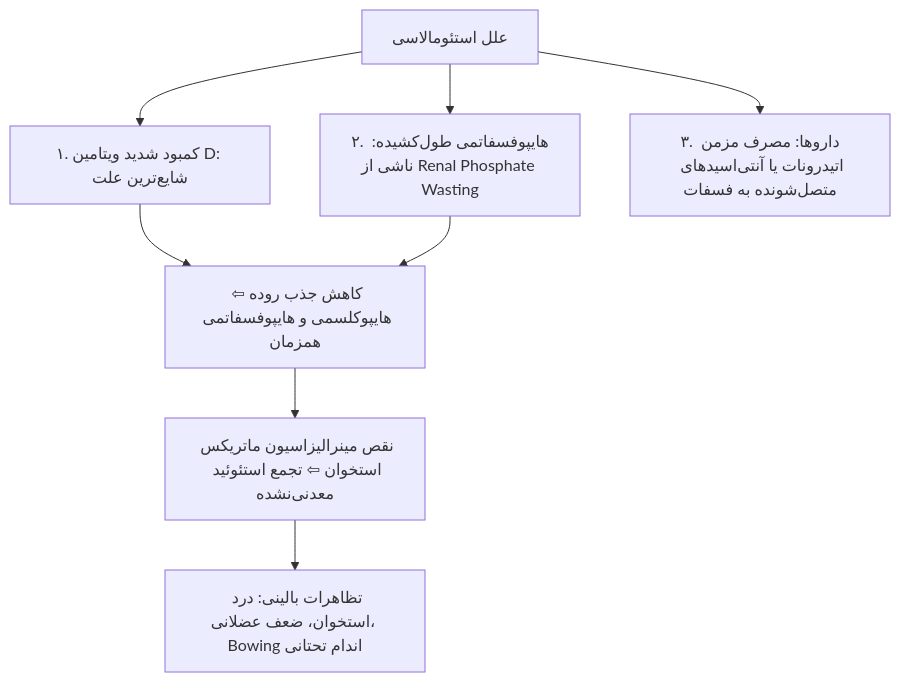
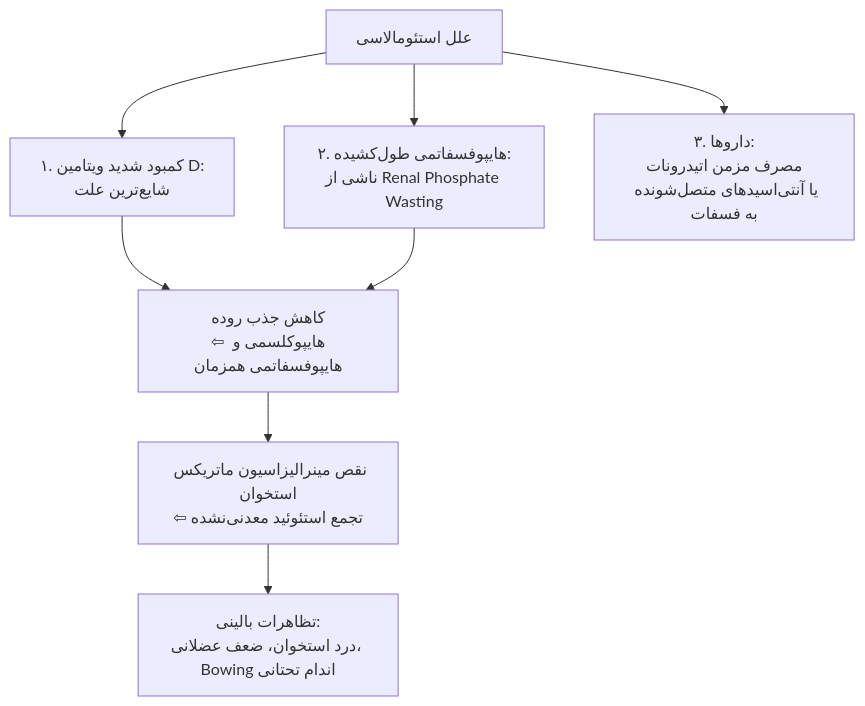
One commit to neopulse-hub/TUMS-1402-1-neo changed the seventh of 7 diagrams in 07/مبانی غدد/متابولیسم استخوان.md. Above: the diagram before and after it, drawn with Mermaid. The commit also changed other lines of this file, not shown here.

Commit message:
Update متابولیسم استخوان.md

````diff
--- a/07/مبانی غدد/متابولیسم استخوان.md
+++ b/07/مبانی غدد/متابولیسم استخوان.md
@@ -308,11 +315,11 @@
 ```mermaid
 flowchart TD
-    Etiol[علل استئومالاسی] --> VitDDef[۱. کمبود شدید ویتامین D: شایع‌ترین علت]
-    Etiol --> HypoP[۲. هایپوفسفاتمی طول‌‌کشیده: ناشی از Renal Phosphate Wasting]
-    Etiol --> DrugInd[۳. داروها: مصرف مزمن اتیدرونات یا آنتی‌اسیدهای متصل‌شونده به فسفات]
+    Etiol[علل استئومالاسی] --> VitDDef[۱. کمبود شدید ویتامین D:<br>شایع‌ترین علت]
+    Etiol --> HypoP[۲. هایپوفسفاتمی طول‌‌کشیده:<br>ناشی از Renal Phosphate Wasting]
+    Etiol --> DrugInd[۳. داروها:<br>مصرف مزمن اتیدرونات<br>یا آنتی‌اسیدهای متصل‌شونده به فسفات]
     
-    VitDDef --> Mech[کاهش جذب روده ⇦ هایپوکلسمی و هایپوفسفاتمی همزمان]
+    VitDDef --> Mech[کاهش جذب روده<br>⇦ هایپوکلسمی و هایپوفسفاتمی همزمان]
     HypoP --> Mech
-    Mech --> Defect[نقص مینرالیزاسیون ماتریکس استخوان ⇦ تجمع استئوئید معدنی‌نشده]
-    Defect --> Clin[تظاهرات بالینی: درد استخوان، ضعف عضلانی، Bowing اندام تحتانی]
+    Mech --> Defect[نقص مینرالیزاسیون ماتریکس استخوان<br>⇦ تجمع استئوئید معدنی‌نشده]
+    Defect --> Clin[تظاهرات بالینی:<br>درد استخوان، ضعف عضلانی، Bowing اندام تحتانی]
 ```
````
